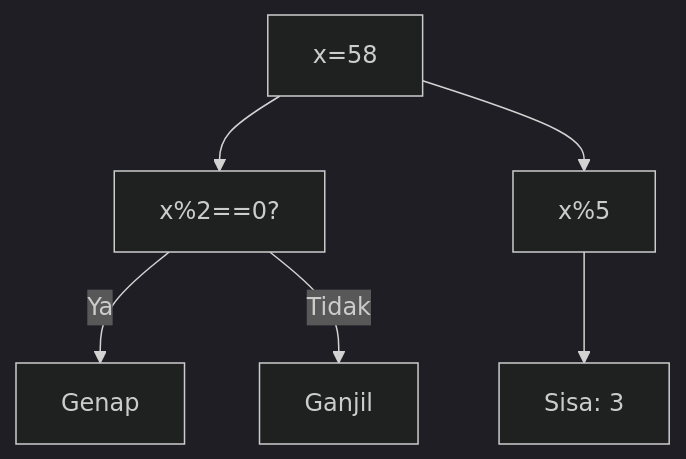
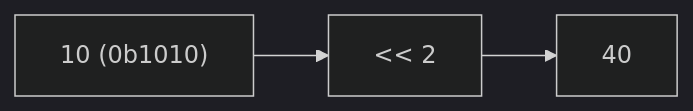
Before and after one commit to amnahwaida/OSNK_INF_PREP: the fourth of 25 diagrams in part-c-pemahaman-cpp/06-bitwise/latihan/set-11.md, drawn with Mermaid (dark theme). The commit also changed other lines of this file and 71 other files, not shown here.

````diff
--- a/part-c-pemahaman-cpp/06-bitwise/latihan/set-11.md
+++ b/part-c-pemahaman-cpp/06-bitwise/latihan/set-11.md
@@ -110,8 +100,5 @@
 ```mermaid
-graph TD
-A["x=58"] --> B["x%2==0?"]
-B -- Ya --> C["Genap"]
-B -- Tidak --> D["Ganjil"]
-A --> E["x%5"]
-E --> F["Sisa: 3"]
+graph LR
+A["10 (0b1010)"] --> B["<< 2"]
+B --> C["40"]
 ```
````
